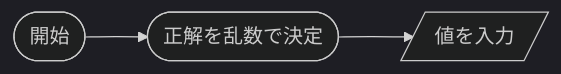
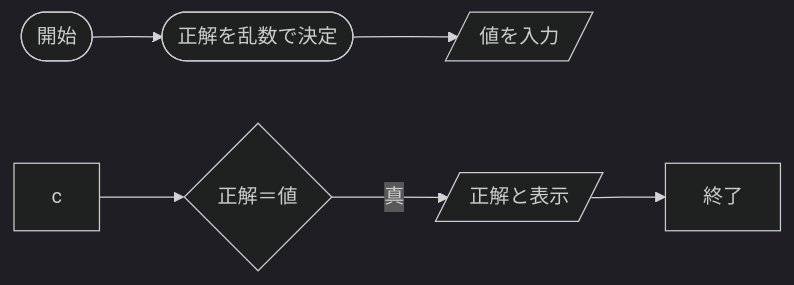
One commit to tpu-game-2022/mermaid_test changed the diagram in README.md. Above: the diagram before and after it, drawn with Mermaid (dark theme).

````diff
--- a/README.md
+++ b/README.md
@@ -20,5 +20,8 @@
 ```mermaid
 flowchart LR;
   A(["開始"]) --> B(["正解を乱数で決定"]);
   B --> C[/値を入力/]
+  c --> D{正解＝値}
+  D --　真 -->E[/正解と表示/];
+  E --> F["終了"]
 ```
````
